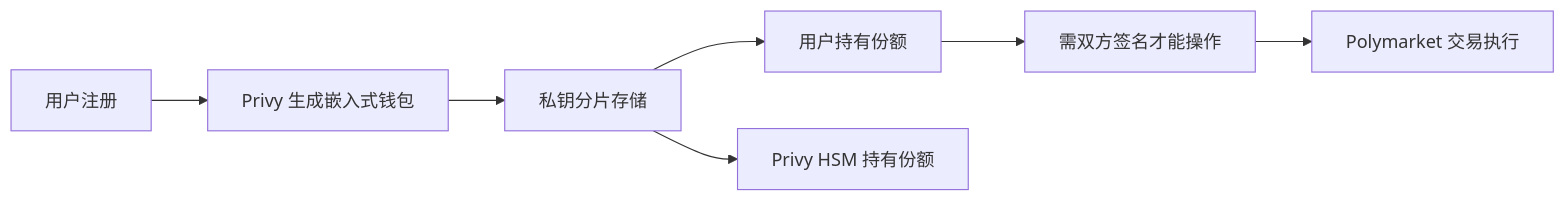
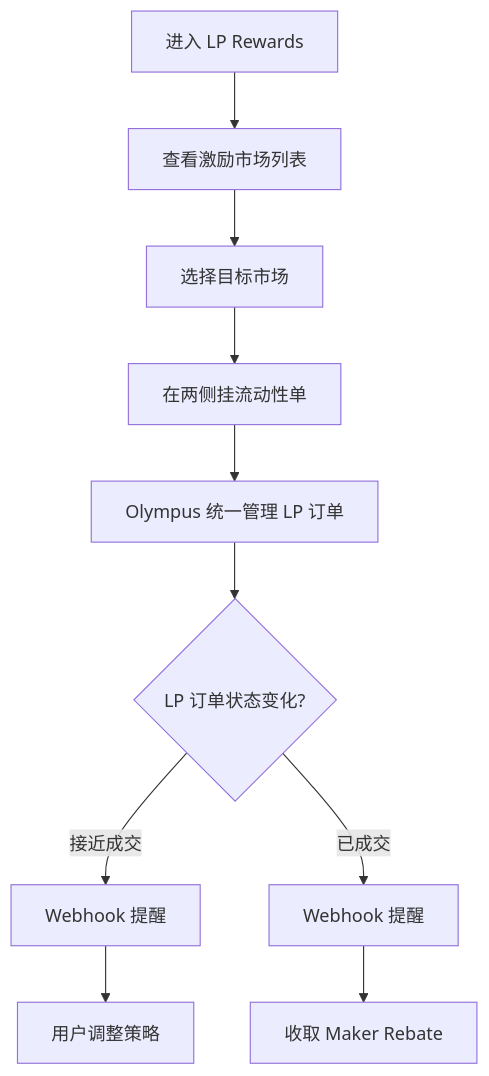
One commit to survivorff/polymarket_research changed the fourth of 6 diagrams in research/12_olympusx/analysis.md. Above: the diagram before and after it, drawn with Mermaid. The commit also changed other lines of this file and 10 other files, not shown here.

First line of the commit message:
深度补充11个平台分析报告：实测数据、完整UX路径、Mermaid流程图

````diff
--- a/research/12_olympusx/analysis.md
+++ b/research/12_olympusx/analysis.md
@@ -59,9 +117,12 @@
 ```mermaid
-flowchart LR
-    A[用户注册] --> B[Privy 生成嵌入式钱包]
-    B --> C[私钥分片存储]
-    C --> D[用户持有份额]
-    C --> E[Privy HSM 持有份额]
-    D --> F[需双方签名才能操作]
-    F --> G[Polymarket 交易执行]
+flowchart TD
+    A[进入 LP Rewards] --> B[查看激励市场列表]
+    B --> C[选择目标市场]
+    C --> D[在两侧挂流动性单]
+    D --> E[Olympus 统一管理 LP 订单]
+    E --> F{LP 订单状态变化?}
+    F -->|接近成交| G[Webhook 提醒]
+    F -->|已成交| H[Webhook 提醒]
+    G --> I[用户调整策略]
+    H --> J[收取 Maker Rebate]
 ```
````
